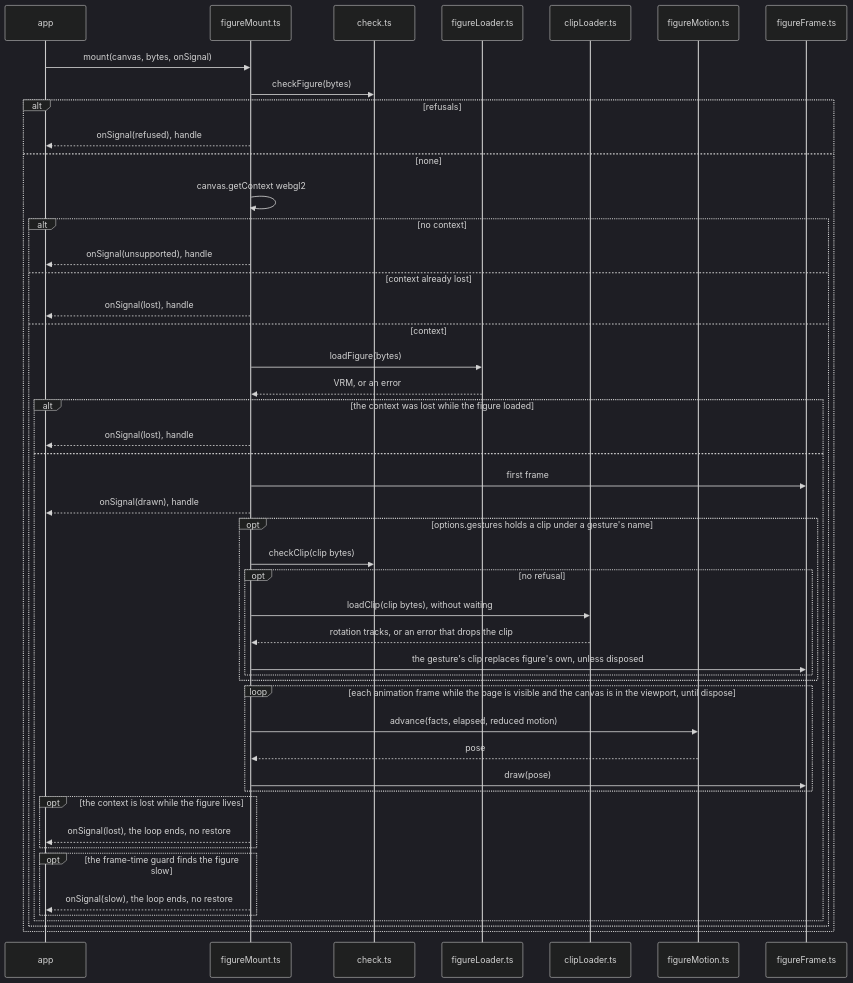
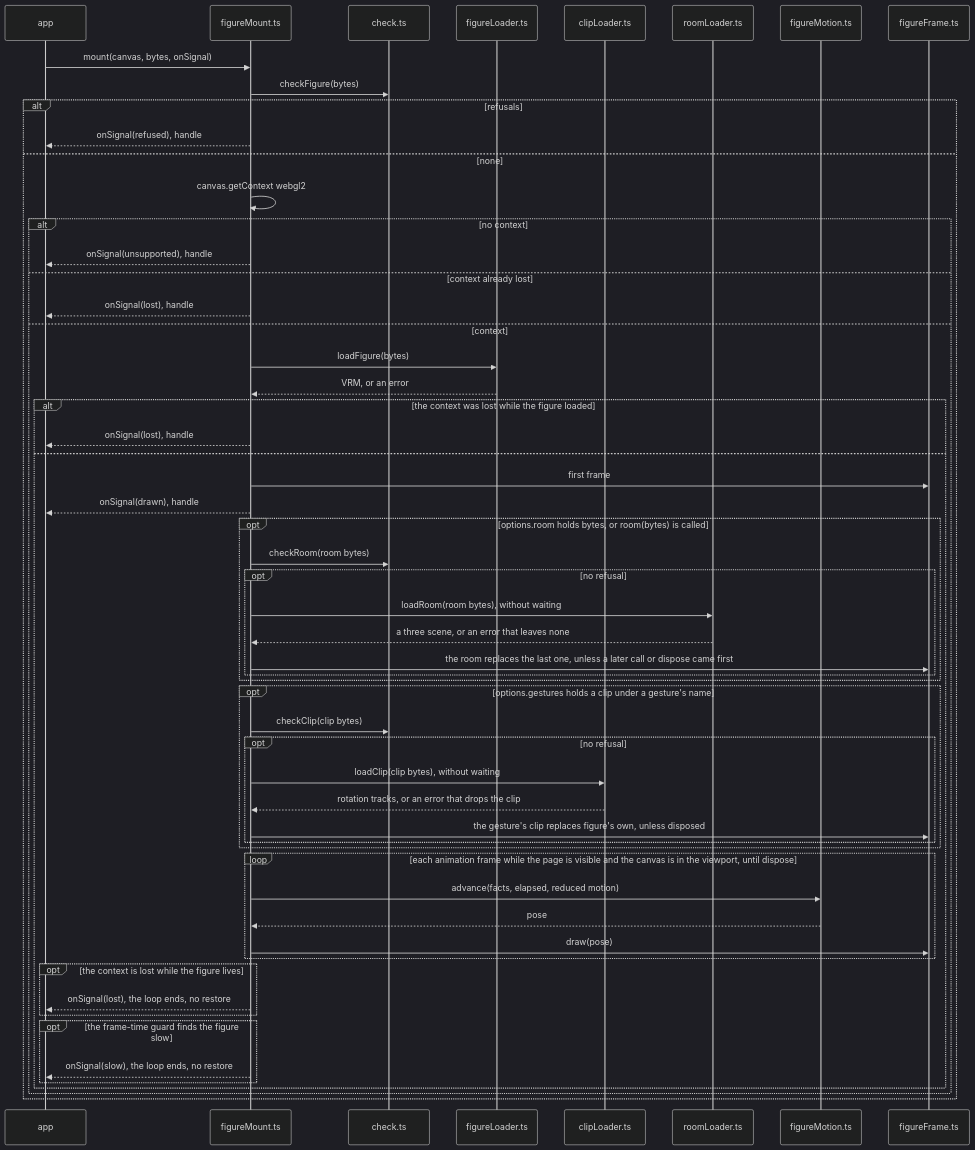
One commit to overnightworks/figure changed the fourth of 4 diagrams in docs/ARCHITECTURE.md. Above: the diagram before and after it, drawn with Mermaid (dark theme). The commit also changed other lines of this file and 19 other files, not shown here.

````diff
--- a/docs/ARCHITECTURE.md
+++ b/docs/ARCHITECTURE.md
@@ -83,50 +85,59 @@
 ```mermaid
 sequenceDiagram
     participant A as app
     participant M as figureMount.ts
     participant K as check.ts
     participant L as figureLoader.ts
     participant P as clipLoader.ts
+    participant R as roomLoader.ts
     participant I as figureMotion.ts
     participant F as figureFrame.ts
     A->>M: mount(canvas, bytes, onSignal)
     M->>K: checkFigure(bytes)
     alt refusals
         M-->>A: onSignal(refused), handle
     else none
         M->>M: canvas.getContext webgl2
         alt no context
             M-->>A: onSignal(unsupported), handle
         else context already lost
             M-->>A: onSignal(lost), handle
         else context
             M->>L: loadFigure(bytes)
             L-->>M: VRM, or an error
             alt the context was lost while the figure loaded
                 M-->>A: onSignal(lost), handle
             else
                 M->>F: first frame
                 M-->>A: onSignal(drawn), handle
+                opt options.room holds bytes, or room(bytes) is called
+                    M->>K: checkRoom(room bytes)
+                    opt no refusal
+                        M->>R: loadRoom(room bytes), without waiting
+                        R-->>M: a three scene, or an error that leaves none
+                        M->>F: the room replaces the last one, unless a later call or dispose came first
+                    end
+                end
                 opt options.gestures holds a clip under a gesture's name
                     M->>K: checkClip(clip bytes)
                     opt no refusal
                         M->>P: loadClip(clip bytes), without waiting
                         P-->>M: rotation tracks, or an error that drops the clip
                         M->>F: the gesture's clip replaces figure's own, unless disposed
                     end
                 end
                 loop each animation frame while the page is visible and the canvas is in the viewport, until dispose
                     M->>I: advance(facts, elapsed, reduced motion)
                     I-->>M: pose
                     M->>F: draw(pose)
                 end
                 opt the context is lost while the figure lives
                     M-->>A: onSignal(lost), the loop ends, no restore
                 end
                 opt the frame-time guard finds the figure slow
                     M-->>A: onSignal(slow), the loop ends, no restore
                 end
             end
         end
     end
 ```
````
